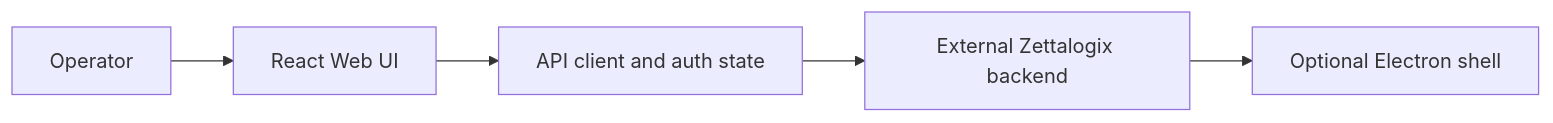
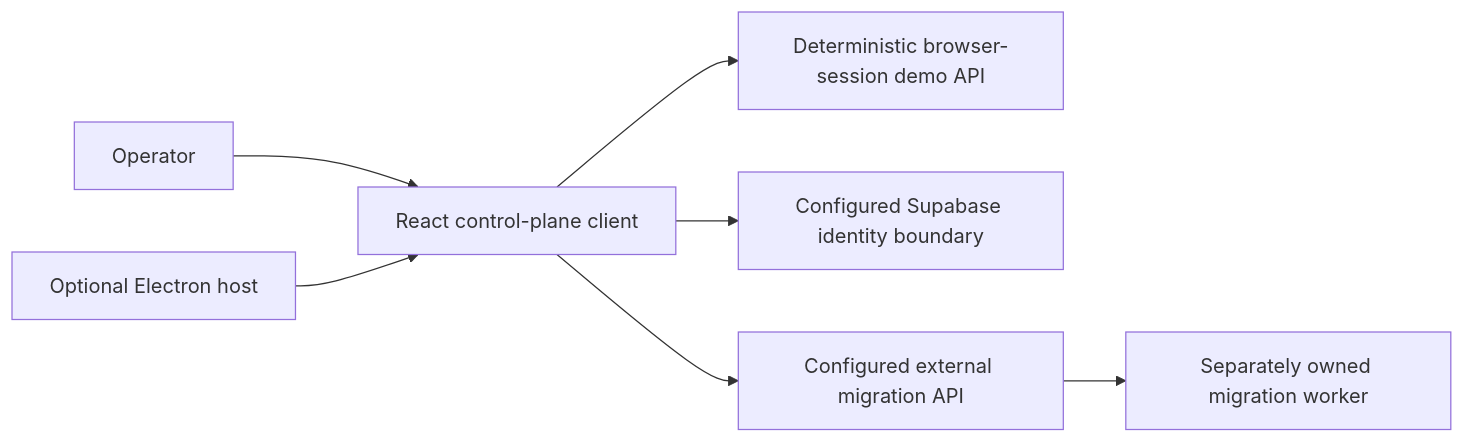
One commit to badugujashwanth-create/zettalogix-migration-suite changed the diagram in docs/ARCHITECTURE.md. Above: the diagram before and after it, drawn with Mermaid. The commit also changed other lines of this file and 43 other files, not shown here.

Commit message:
feat: complete the v0.3 synthetic control plane

````diff
--- a/docs/ARCHITECTURE.md
+++ b/docs/ARCHITECTURE.md
@@ -7,8 +5,9 @@
 ```mermaid
 flowchart LR
-  N0[Operator] --> N1
-  N1[React Web UI] --> N2
-  N2[API client and auth state] --> N3
-  N3[External Zettalogix backend] --> N4
-  N4[Optional Electron shell]
+  Operator --> Client[React control-plane client]
+  Electron[Optional Electron host] --> Client
+  Client --> Demo[Deterministic browser-session demo API]
+  Client --> Auth[Configured Supabase identity boundary]
+  Client --> API[Configured external migration API]
+  API --> Worker[Separately owned migration worker]
 ```
````
